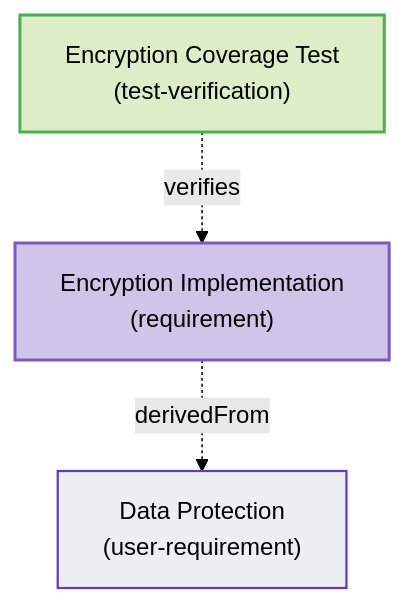
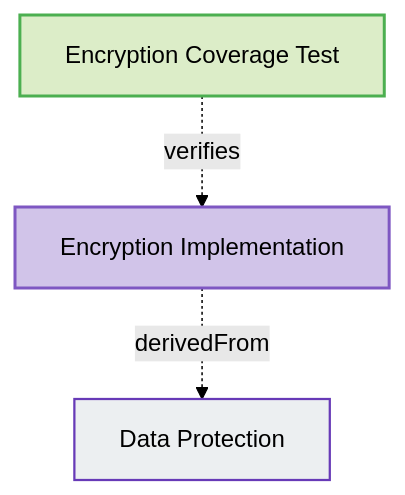
Before and after one commit to reqvire-org/reqvire: the third of 6 diagrams in tests/test-verification-traces/expected_redundant_output.md, drawn with Mermaid (forest theme). The commit also changed other lines of this file and 137 other files, not shown here.

First line of the commit message:
Add attachment display to diagrams and fix navigation button removal

````diff
--- a/tests/test-verification-traces/expected_redundant_output.md
+++ b/tests/test-verification-traces/expected_redundant_output.md
@@ -65,17 +65,17 @@
 ```mermaid
 graph TD
   classDef userRequirement fill:#D1C4E9,stroke:#7E57C2,stroke-width:2px;
   classDef systemRequirement fill:#E1D8EE,stroke:#673AB7,stroke-width:1.5px;
   classDef requirement fill:#ECEFF1,stroke:#673AB7,stroke-width:1.5px;
   classDef verified fill:#D1C4E9,stroke:#7E57C2,stroke-width:2px;
   classDef verification fill:#DCEDC8,stroke:#4CAF50,stroke-width:2px;
 
-  30572046e8226c8d["Encryption Coverage Test<br>(test-verification)"]:::verification
+  30572046e8226c8d["Encryption Coverage Test"]:::verification
   click 30572046e8226c8d "specifications/Verifications/Tests.md#encryption-coverage-test";
-  de36a6e809a20bc2["Encryption Implementation<br>(requirement)"]:::verified
+  de36a6e809a20bc2["Encryption Implementation"]:::verified
   click de36a6e809a20bc2 "specifications/SystemRequirements.md#encryption-implementation";
   30572046e8226c8d -.->|verifies| de36a6e809a20bc2;
-  8ddbf0ce66bc6c18["Data Protection<br>(user-requirement)"]:::requirement
+  8ddbf0ce66bc6c18["Data Protection"]:::requirement
   click 8ddbf0ce66bc6c18 "specifications/UserRequirements.md#data-protection";
   de36a6e809a20bc2 -.->|derivedFrom| 8ddbf0ce66bc6c18;
 ```
````
